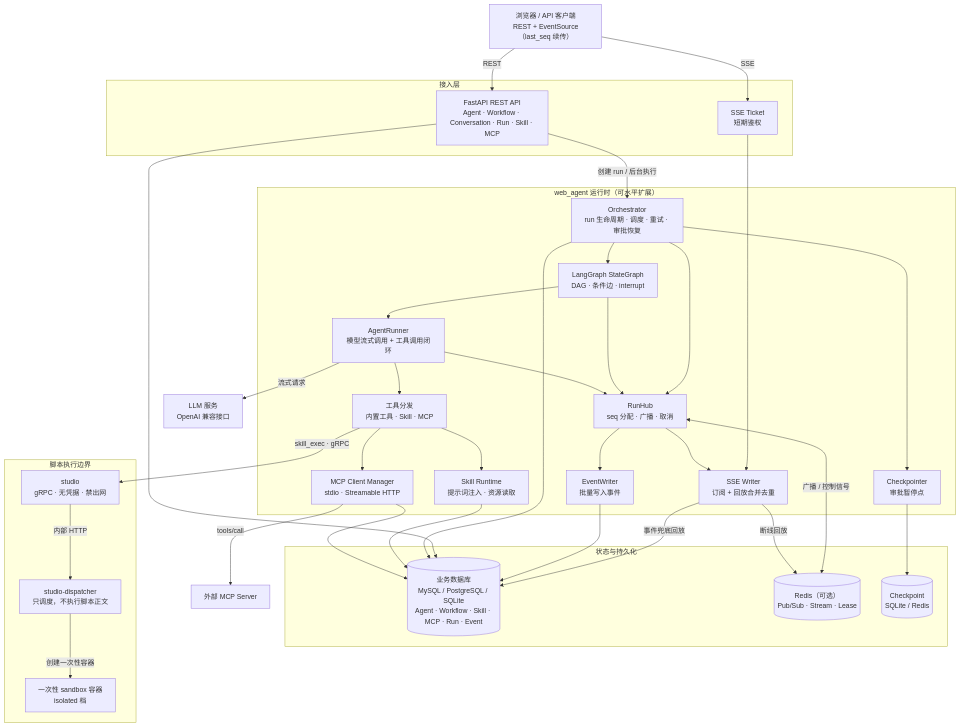
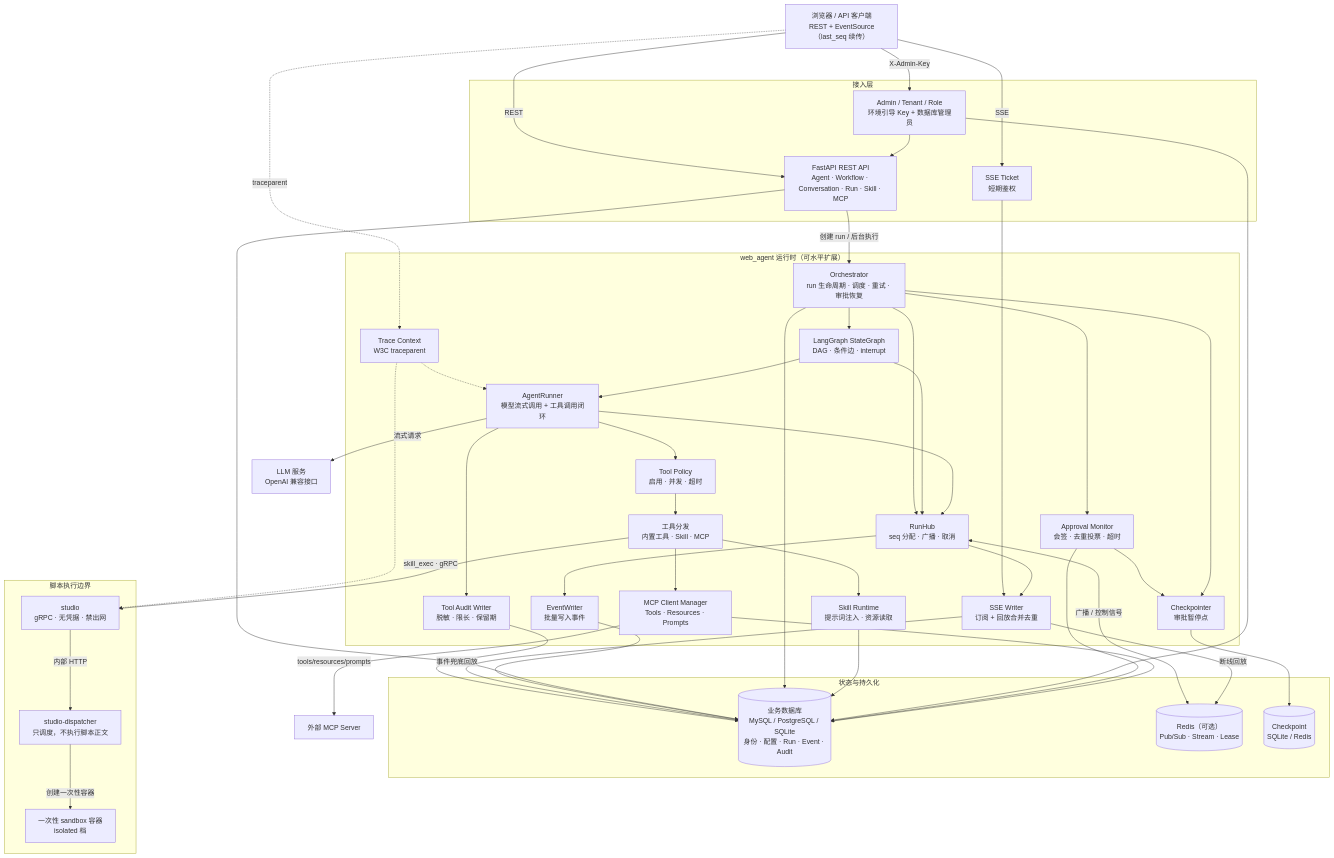
The diagram in app/README.md (langbiantianya/web_agent), drawn with Mermaid before and after one commit. The commit also changed other lines of this file and 96 other files, not shown here.

````diff
--- a/app/README.md
+++ b/app/README.md
@@ -10,24 +10,29 @@
 
     subgraph Access["接入层"]
         API["FastAPI REST API<br/>Agent · Workflow · Conversation · Run · Skill · MCP"]
-        AUTH["SSE Ticket<br/>短期鉴权"]
+        AUTH["Admin / Tenant / Role<br/>环境引导 Key + 数据库管理员"]
+        TICKET["SSE Ticket<br/>短期鉴权"]
     end
 
     subgraph Runtime["web_agent 运行时（可水平扩展）"]
         ORCH["Orchestrator<br/>run 生命周期 · 调度 · 重试 · 审批恢复"]
         GRAPH["LangGraph StateGraph<br/>DAG · 条件边 · interrupt"]
         RUNNER["AgentRunner<br/>模型流式调用 + 工具调用闭环"]
+        POLICY["Tool Policy<br/>启用 · 并发 · 超时"]
         TOOLS["工具分发<br/>内置工具 · Skill · MCP"]
+        AUDIT["Tool Audit Writer<br/>脱敏 · 限长 · 保留期"]
+        APPROVAL["Approval Monitor<br/>会签 · 去重投票 · 超时"]
         SKILL["Skill Runtime<br/>提示词注入 · 资源读取"]
-        MCP["MCP Client Manager<br/>stdio · Streamable HTTP"]
+        MCP["MCP Client Manager<br/>Tools · Resources · Prompts"]
         HUB["RunHub<br/>seq 分配 · 广播 · 取消"]
         EW["EventWriter<br/>批量写入事件"]
         SSE["SSE Writer<br/>订阅 + 回放合并去重"]
         CKPT["Checkpointer<br/>审批暂停点"]
+        TRACE["Trace Context<br/>W3C traceparent"]
     end
 
     subgraph Persistence["状态与持久化"]
-        DB[("业务数据库<br/>MySQL / PostgreSQL / SQLite<br/>Agent · Workflow · Skill · MCP · Run · Event")]
+        DB[("业务数据库<br/>MySQL / PostgreSQL / SQLite<br/>身份 · 配置 · Run · Event · Audit")]
         REDIS[("Redis（可选）<br/>Pub/Sub · Stream · Lease")]
         CP[("Checkpoint<br/>SQLite / Redis")]
     end
@@ -42,17 +47,27 @@
     end
 
     Client -->|"REST"| API
-    Client -->|"SSE"| AUTH
-    AUTH --> SSE
+    Client -->|"SSE"| TICKET
+    TICKET --> SSE
+    Client -->|"X-Admin-Key"| AUTH
+    AUTH --> API
     API -->|"创建 run / 后台执行"| ORCH
+    Client -.->|"traceparent"| TRACE
+    TRACE -.-> RUNNER
+    TRACE -.-> STUDIO
 
     ORCH --> GRAPH
+    ORCH --> APPROVAL
+    APPROVAL --> CKPT
     GRAPH --> RUNNER
     RUNNER -->|"流式请求"| LLM
-    RUNNER --> TOOLS
+    RUNNER --> POLICY
+    POLICY --> TOOLS
+    RUNNER --> AUDIT
+    AUDIT --> DB
     TOOLS --> SKILL
     TOOLS --> MCP
-    MCP -->|"tools/call"| MCP_SERVER
+    MCP -->|"tools/resources/prompts"| MCP_SERVER
     TOOLS -->|"skill_exec · gRPC"| STUDIO
     STUDIO -->|"内部 HTTP"| DISPATCH
     DISPATCH -->|"创建一次性容器"| SANDBOX
@@ -72,5 +87,7 @@
     API --> DB
     ORCH --> DB
     SKILL --> DB
+    AUTH --> DB
+    APPROVAL --> DB
     MCP --> DB
 ```
````
